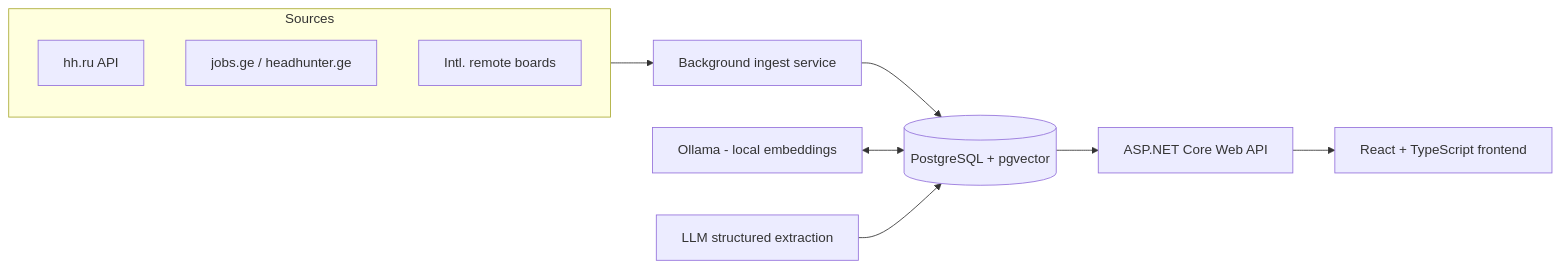
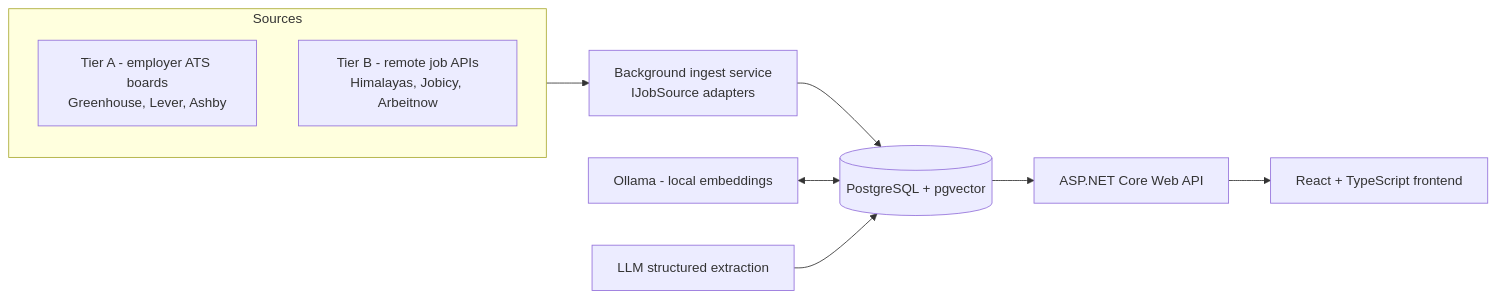
Before and after one commit to nupolovykh/EmployMe: the diagram in README.md, drawn with Mermaid. The commit also changed other lines of this file and 6 other files, not shown here.

````diff
--- a/README.md
+++ b/README.md
@@ -30,15 +32,14 @@
 ```mermaid
 flowchart LR
     subgraph Sources
-        HH[hh.ru API]
-        GE[jobs.ge / headhunter.ge]
-        INTL[Intl. remote boards]
+        ATS["Tier A - employer ATS boards<br/>Greenhouse, Lever, Ashby"]
+        REMOTE["Tier B - remote job APIs<br/>Himalayas, Jobicy, Arbeitnow"]
     end
 
-    Sources --> Ingest[Background ingest service]
+    Sources --> Ingest["Background ingest service<br/>IJobSource adapters"]
     Ingest --> DB[(PostgreSQL + pgvector)]
     Embed[Ollama - local embeddings] <--> DB
     LLM[LLM structured extraction] --> DB
     DB --> API[ASP.NET Core Web API]
     API --> Web[React + TypeScript frontend]
 ```
````
